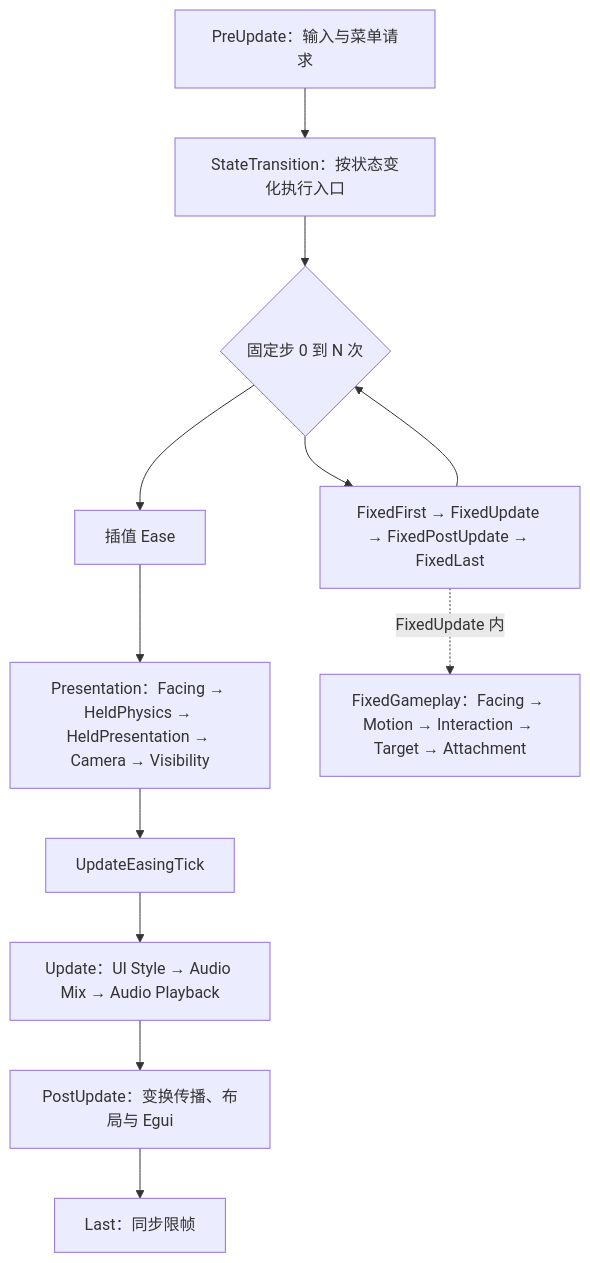
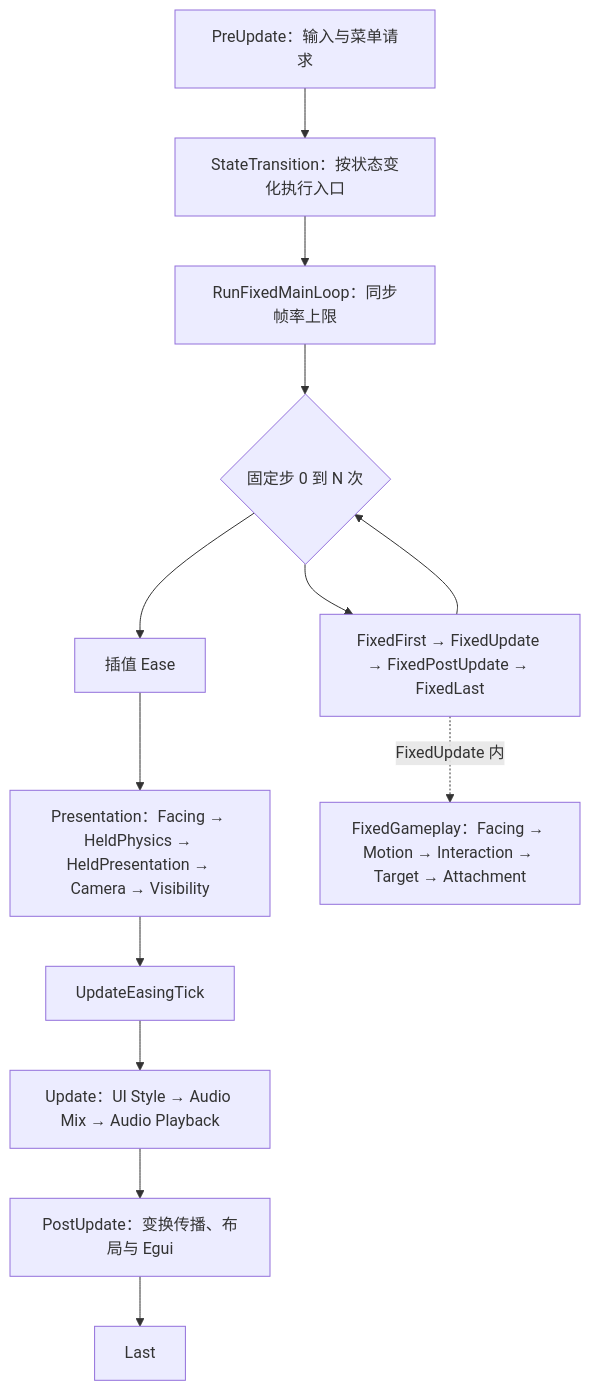
One commit to fedoraiver/demo changed the second of 2 diagrams in docs/architecture/game_flow.md. Above: the diagram before and after it, drawn with Mermaid. The commit also changed 10 other files, not shown here.

````diff
--- a/docs/architecture/game_flow.md
+++ b/docs/architecture/game_flow.md
@@ -30,14 +30,15 @@
 ```mermaid
 flowchart TD
     Pre[PreUpdate：输入与菜单请求] --> State[StateTransition：按状态变化执行入口]
-    State --> Loop{固定步 0 到 N 次}
+    State --> Pace[RunFixedMainLoop：同步帧率上限]
+    Pace --> Loop{固定步 0 到 N 次}
     Loop --> Fixed[FixedFirst → FixedUpdate → FixedPostUpdate → FixedLast]
     Fixed --> Loop
     Loop --> Ease[插值 Ease]
     Ease --> Presentation["Presentation：Facing → HeldPhysics → HeldPresentation → Camera → Visibility"]
     Presentation --> Tick[UpdateEasingTick]
     Tick --> Update["Update：UI Style → Audio Mix → Audio Playback"]
     Update --> Post[PostUpdate：变换传播、布局与 Egui]
-    Post --> Last[Last：同步限帧]
+    Post --> Last[Last]
     Fixed -. FixedUpdate 内 .-> Gameplay["FixedGameplay：Facing → Motion → Interaction → Target → Attachment"]
 ```
````
